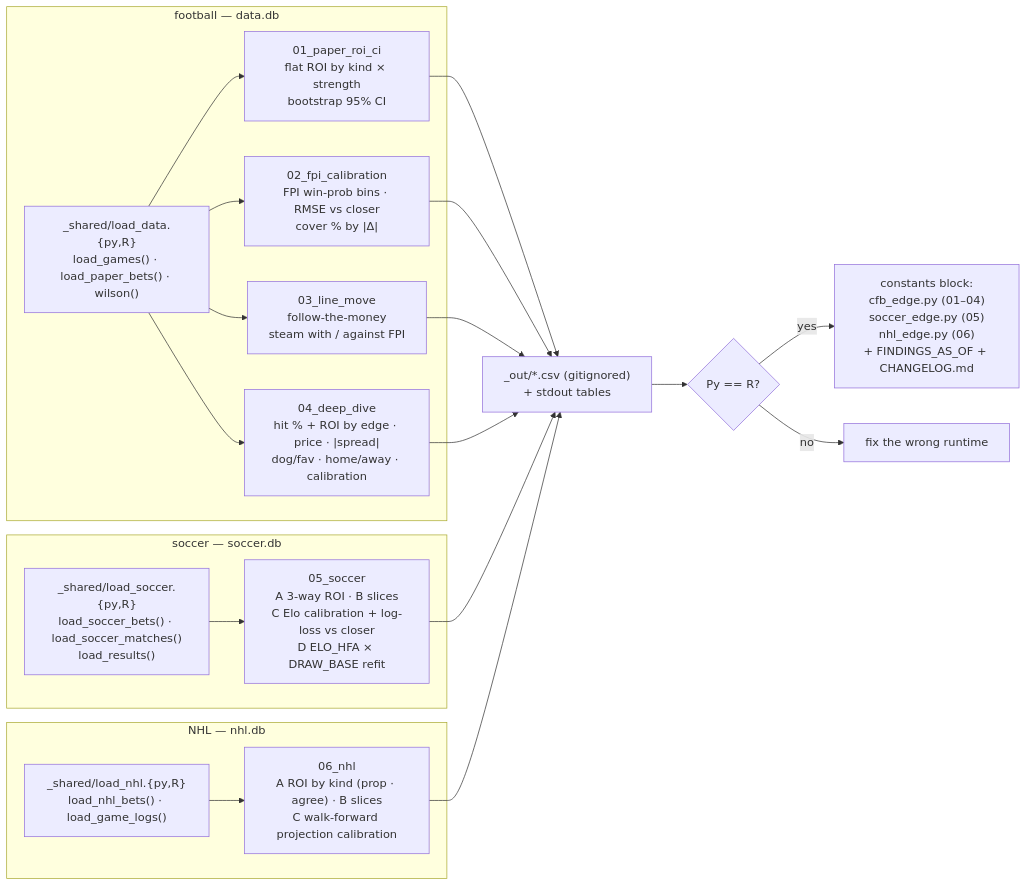
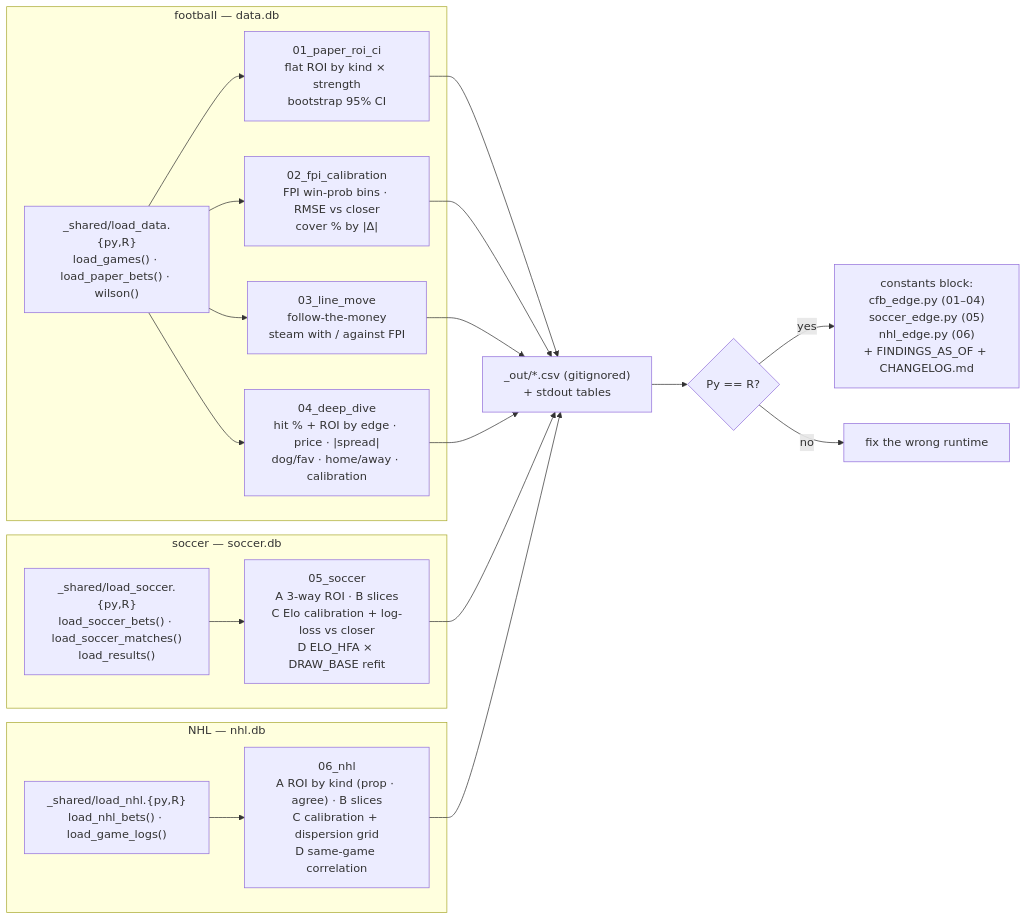
Before and after one commit to wbp318/cfb_soccer_nhl_2026_2027: the diagram in analysis/README.md, drawn with Mermaid. The commit also changed other lines of this file and 10 other files, not shown here.

````diff
--- a/analysis/README.md
+++ b/analysis/README.md
@@ -16,44 +16,45 @@
 ```mermaid
 flowchart LR
     subgraph FB["football — data.db"]
         LD["_shared/load_data.{py,R}
 load_games() · load_paper_bets() · wilson()"]
         LD --> S1["01_paper_roi_ci
 flat ROI by kind × strength
 bootstrap 95% CI"]
         LD --> S2["02_fpi_calibration
 FPI win-prob bins · RMSE vs closer
 cover % by |Δ|"]
         LD --> S3["03_line_move
 follow-the-money
 steam with / against FPI"]
         LD --> S4["04_deep_dive
 hit % + ROI by edge · price · |spread|
 dog/fav · home/away · calibration"]
     end
     subgraph SC["soccer — soccer.db"]
         LS["_shared/load_soccer.{py,R}
 load_soccer_bets() · load_soccer_matches()
 load_results()"]
         LS --> S5["05_soccer
 A 3-way ROI · B slices
 C Elo calibration + log-loss vs closer
 D ELO_HFA × DRAW_BASE refit"]
     end
     subgraph NH["NHL — nhl.db"]
         LN["_shared/load_nhl.{py,R}
 load_nhl_bets() · load_game_logs()"]
         LN --> S6["06_nhl
 A ROI by kind (prop · agree) · B slices
-C walk-forward projection calibration"]
+C calibration + dispersion grid
+D same-game correlation"]
     end
     S1 & S2 & S3 & S4 & S5 & S6 --> OUT["_out/*.csv (gitignored)
 + stdout tables"]
     OUT --> V{"Py == R?"}
     V -- yes --> K["constants block:
 cfb_edge.py (01–04)
 soccer_edge.py (05)
 nhl_edge.py (06)
 + FINDINGS_AS_OF + CHANGELOG.md"]
     V -- no --> BUG["fix the wrong runtime"]
 ```
````
